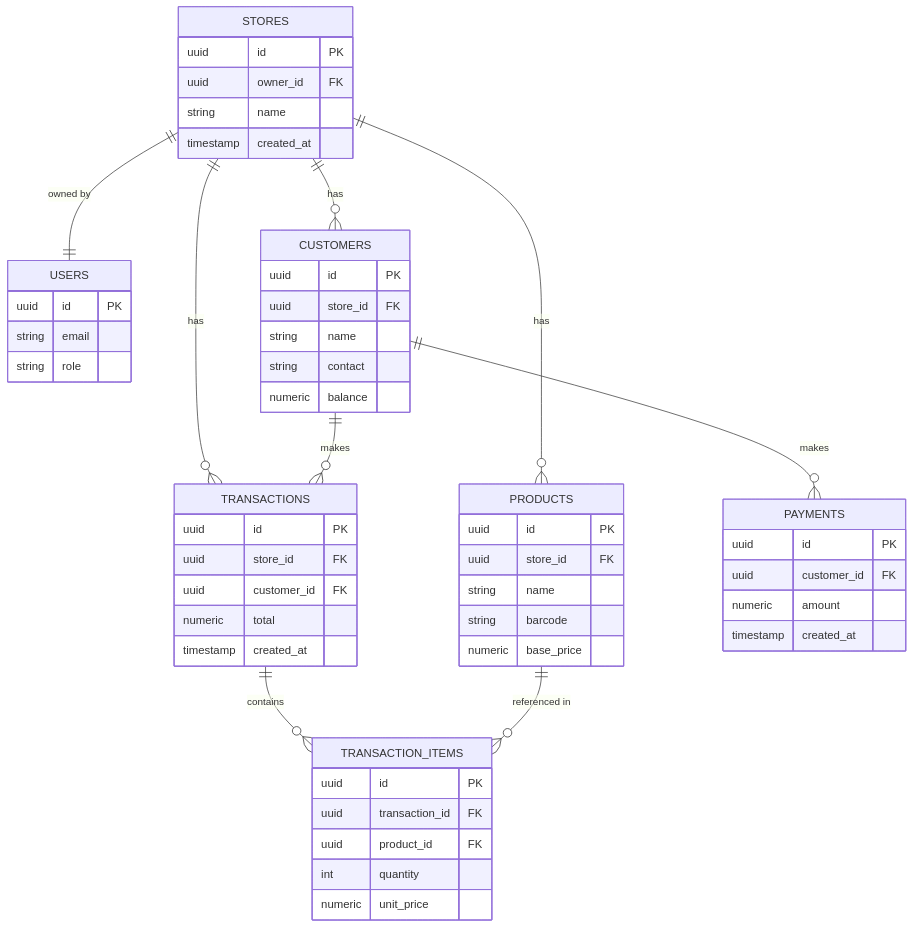
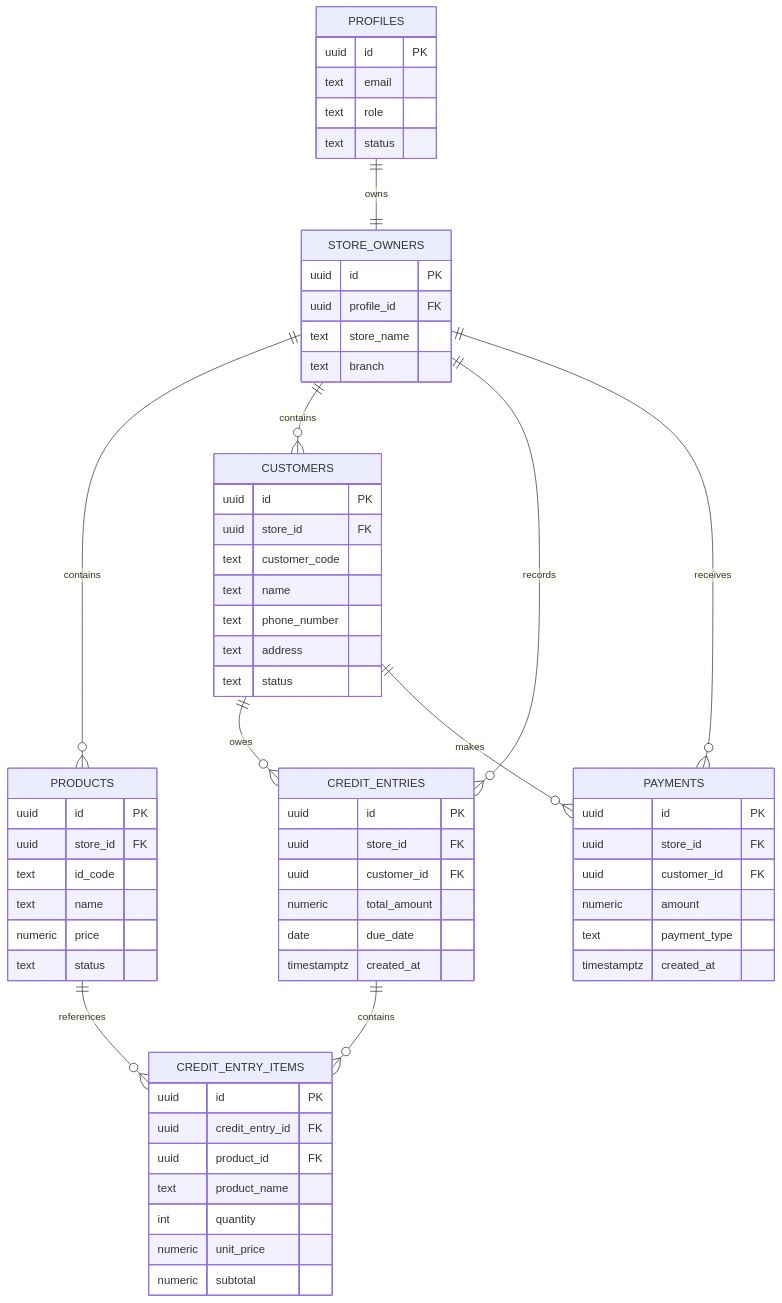
Before and after one commit to Elective-Group4/Customer-Credit-Ledger-Management-System: the second of 2 diagrams in SYSTEM_ARCHITECTURE.md, drawn with Mermaid. The commit also changed other lines of this file and 25 other files, not shown here.

````diff
--- a/SYSTEM_ARCHITECTURE.md
+++ b/SYSTEM_ARCHITECTURE.md
@@ -71,57 +70,67 @@
 ```mermaid
-erDiagram
-    STORES ||--|| USERS : "owned by"
-    STORES ||--o{ PRODUCTS : has
-    STORES ||--o{ CUSTOMERS : has
-    STORES ||--o{ TRANSACTIONS : has
-    CUSTOMERS ||--o{ TRANSACTIONS : makes
+ erDiagram
+    PROFILES ||--|| STORE_OWNERS : owns
+    STORE_OWNERS ||--o{ PRODUCTS : contains
+    STORE_OWNERS ||--o{ CUSTOMERS : contains
+    STORE_OWNERS ||--o{ CREDIT_ENTRIES : records
+    CUSTOMERS ||--o{ CREDIT_ENTRIES : owes
+    CREDIT_ENTRIES ||--o{ CREDIT_ENTRY_ITEMS : contains
+    PRODUCTS ||--o{ CREDIT_ENTRY_ITEMS : references
+    STORE_OWNERS ||--o{ PAYMENTS : receives
     CUSTOMERS ||--o{ PAYMENTS : makes
-    TRANSACTIONS ||--o{ TRANSACTION_ITEMS : contains
-    PRODUCTS ||--o{ TRANSACTION_ITEMS : "referenced in"
 
-    STORES {
+    PROFILES {
         uuid id PK
-        uuid owner_id FK
-        string name
-        timestamp created_at
+        text email
+        text role
+        text status
     }
-    USERS {
+    STORE_OWNERS {
         uuid id PK
-        string email
-        string role
+        uuid profile_id FK
+        text store_name
+        text branch
     }
     PRODUCTS {
         uuid id PK
         uuid store_id FK
-        string name
-        string barcode
-        numeric base_price
+        text id_code
+        text name
+        numeric price
+        text status
     }
     CUSTOMERS {
         uuid id PK
         uuid store_id FK
-        string name
-        string contact
-        numeric balance
+        text customer_code
+        text name
+        text phone_number
+        text address
+        text status
     }
-    TRANSACTIONS {
+    CREDIT_ENTRIES {
         uuid id PK
         uuid store_id FK
         uuid customer_id FK
-        numeric total
-        timestamp created_at
+        numeric total_amount
+        date due_date
+        timestamptz created_at
     }
-    TRANSACTION_ITEMS {
+    CREDIT_ENTRY_ITEMS {
         uuid id PK
-        uuid transaction_id FK
+        uuid credit_entry_id FK
         uuid product_id FK
+        text product_name
         int quantity
         numeric unit_price
+        numeric subtotal
     }
     PAYMENTS {
         uuid id PK
+        uuid store_id FK
         uuid customer_id FK
         numeric amount
-        timestamp created_at
+        text payment_type
+        timestamptz created_at
     }
 ```
````
